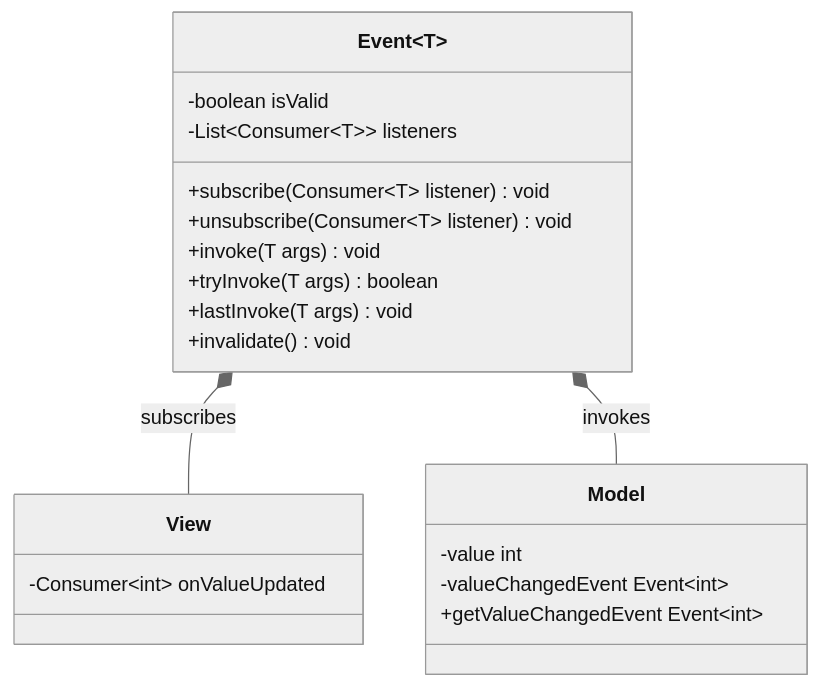
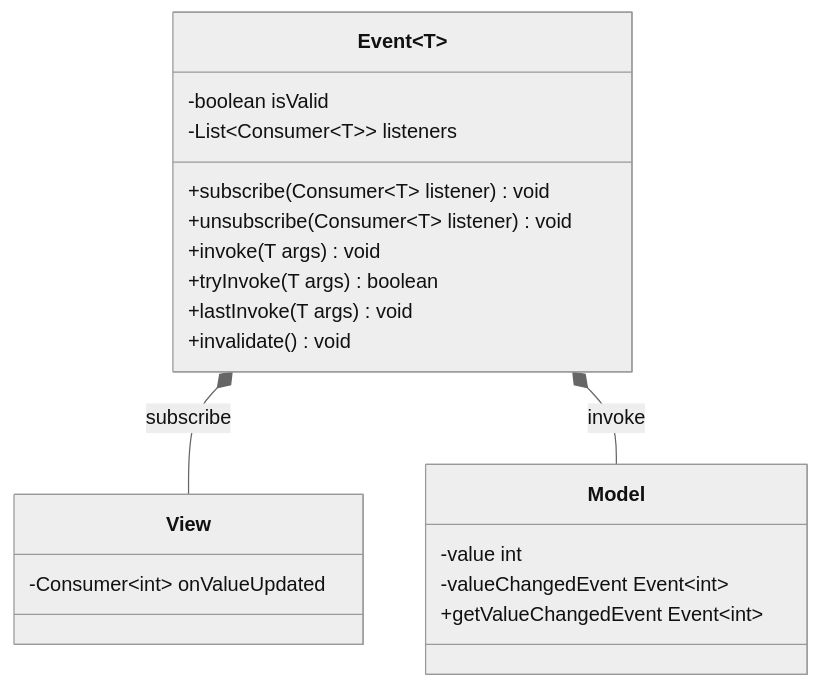
One commit to thunderingmarmot/OOP23-objectonepiece changed the diagram in report/diagrams/Event.md. Above: the diagram before and after it, drawn with Mermaid (neutral theme).

````diff
--- a/report/diagrams/Event.md
+++ b/report/diagrams/Event.md
@@ -1,25 +1,25 @@
 ```mermaid
 classDiagram
 
 class View
 View : -Consumer~int~ onValueUpdated
 
-Event~T~ *-- View : subscribes
+Event~T~ *-- View : subscribe
 
 class Event~T~
 Event : -boolean isValid
 Event : -List~Consumer~T~~ listeners
 Event : +subscribe(Consumer~T~ listener) void
 Event : +unsubscribe(Consumer~T~ listener) void
 Event : +invoke(T args) void
 Event : +tryInvoke(T args) boolean
 Event : +lastInvoke(T args) void
 Event : +invalidate() void
 
-Event~T~ *-- Model : invokes
+Event~T~ *-- Model : invoke
 
 class Model
 Model : -value int
 Model : -valueChangedEvent Event~int~
 Model : +getValueChangedEvent Event~int~
 ```
````
